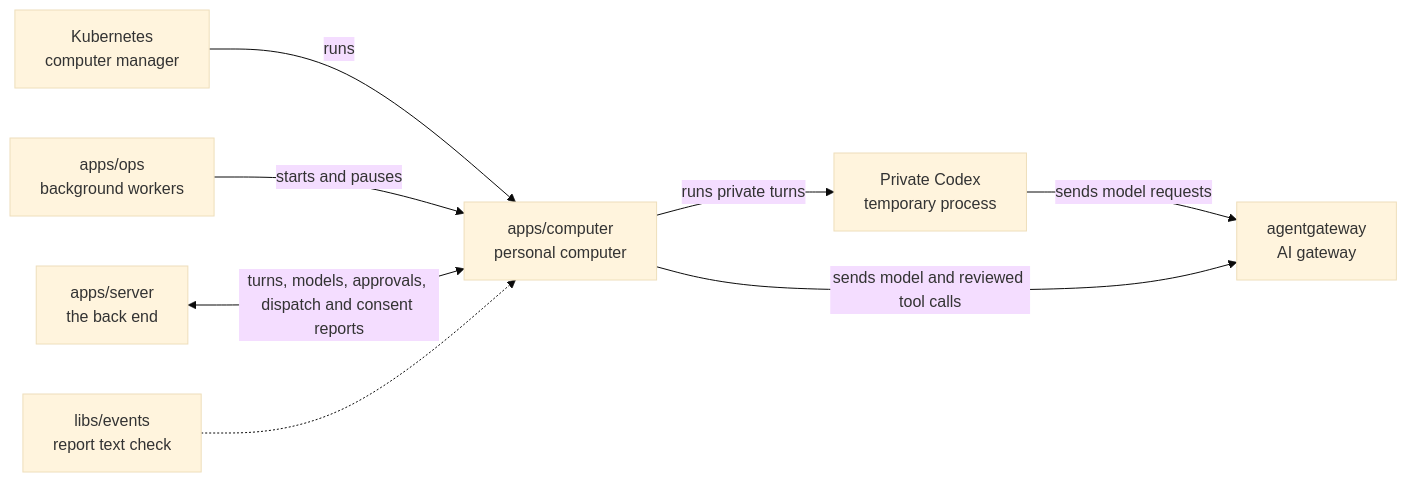
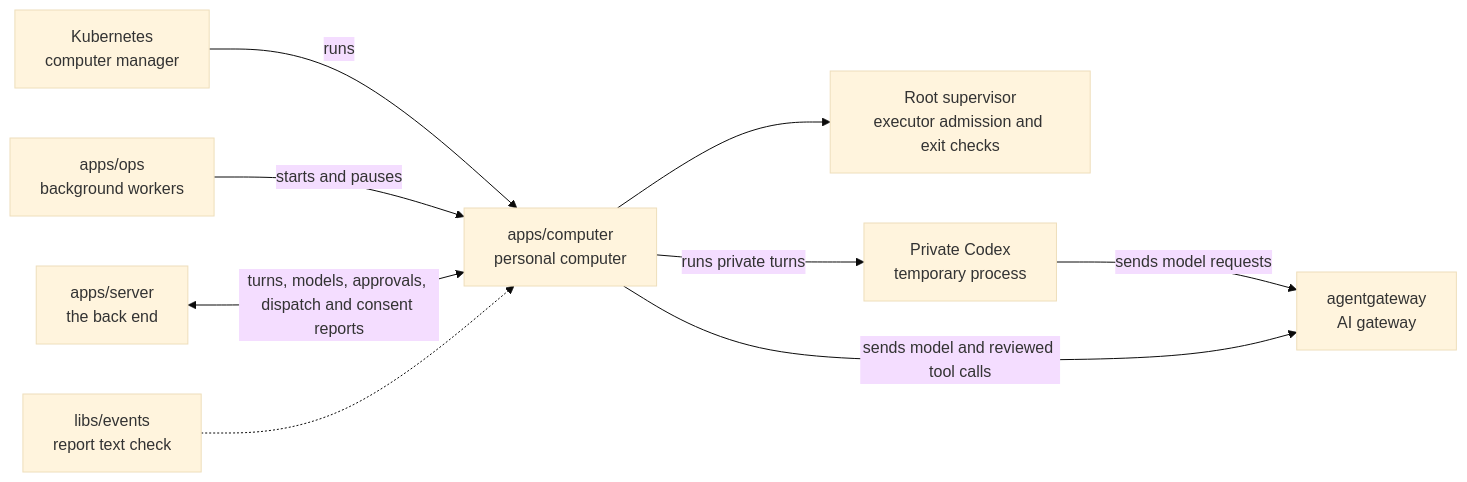
Before and after one commit to elewa-git/opencrane-new: the diagram in apps/computer/README.md, drawn with Mermaid (base theme). The commit also changed other lines of this file and 6 other files, not shown here.

Commit message:
🛑 Stop computer executors through a root-only supervisor socket

````diff
--- a/apps/computer/README.md
+++ b/apps/computer/README.md
@@ -15,10 +15,11 @@
 ```mermaid
 flowchart LR
   kube["Kubernetes<br/>computer manager"] -->|runs| computer["apps/computer<br/>personal computer"]
   ops["apps/ops<br/>background workers"] -->|starts and pauses| computer
   server["apps/server<br/>the back end"] <-->|turns, models, approvals, dispatch and consent reports| computer
   events["libs/events<br/>report text check"] -.-> computer
+  computer --> supervisor["Root supervisor<br/>executor admission and exit checks"]
   computer -->|runs private turns| private["Private Codex<br/>temporary process"]
   private -->|sends model requests| gateway
   computer -->|sends model and reviewed tool calls| gateway["agentgateway<br/>AI gateway"]
 ```
````
